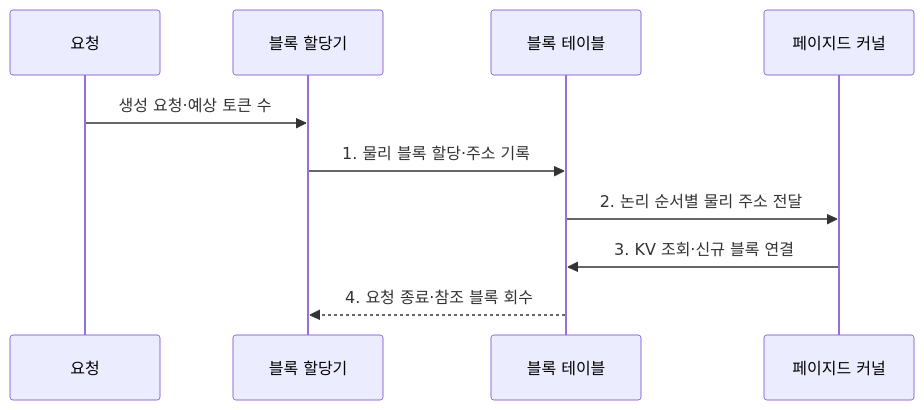
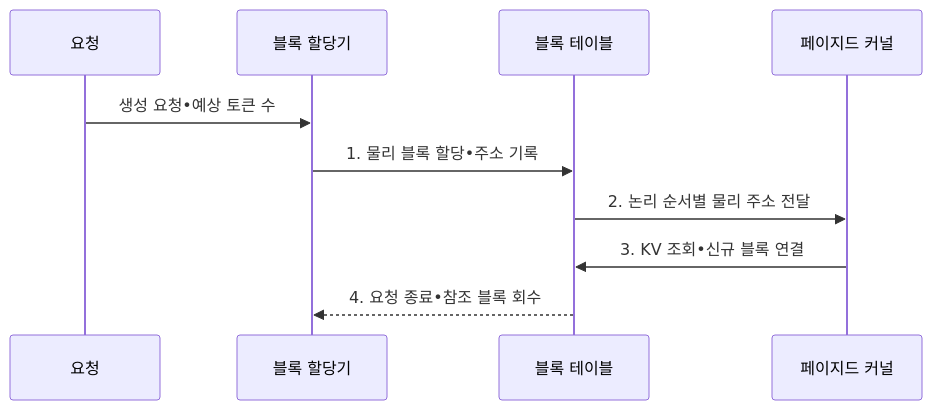
One commit to agnusdei1207/knowledge-base changed the second of 2 diagrams in src/content/docs/notes/08-latest-tech/045_pagedattention.md. Above: the diagram before and after it, drawn with Mermaid. The commit also changed other lines of this file and 953 other files, not shown here.

````diff
--- a/src/content/docs/notes/08-latest-tech/045_pagedattention.md
+++ b/src/content/docs/notes/08-latest-tech/045_pagedattention.md
@@ -103,12 +103,12 @@
 ```mermaid
 sequenceDiagram
     participant R as 요청
     participant A as 블록 할당기
     participant T as 블록 테이블
     participant K as 페이지드 커널
-    R->>A: 생성 요청·예상 토큰 수
-    A->>T: 1. 물리 블록 할당·주소 기록
+    R->>A: 생성 요청•예상 토큰 수
+    A->>T: 1. 물리 블록 할당•주소 기록
     T->>K: 2. 논리 순서별 물리 주소 전달
-    K->>T: 3. KV 조회·신규 블록 연결
-    T-->>A: 4. 요청 종료·참조 블록 회수
+    K->>T: 3. KV 조회•신규 블록 연결
+    T-->>A: 4. 요청 종료•참조 블록 회수
 ```
````
